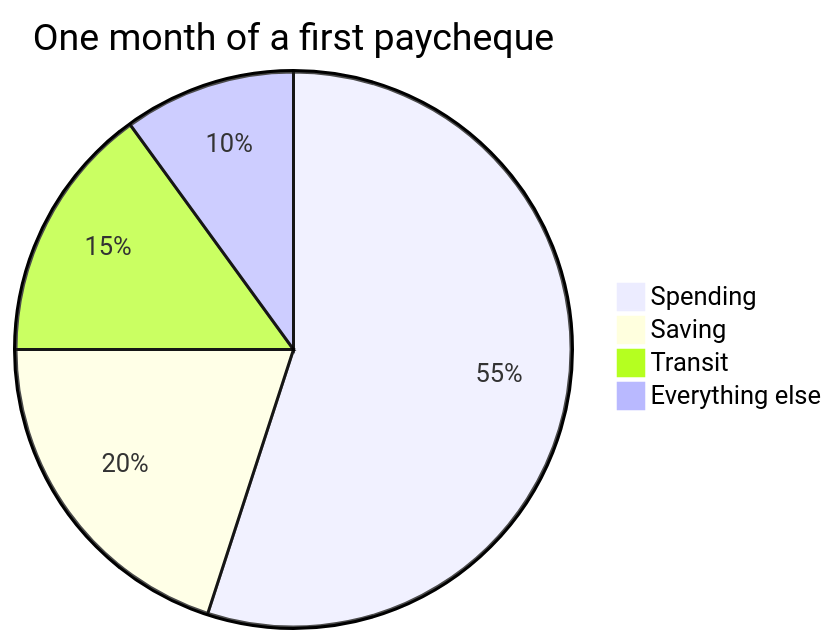
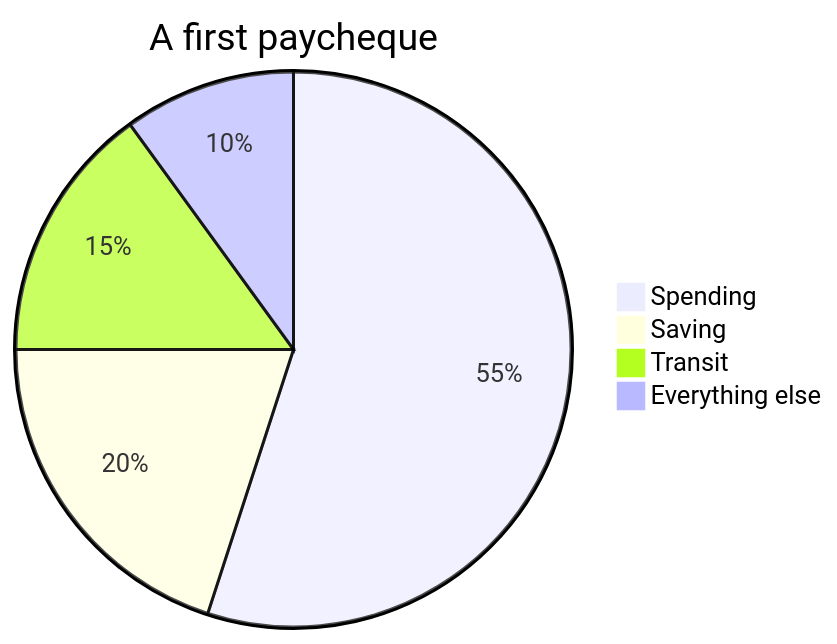
Before and after one commit to russellgordon/containerized-quartz-for-teachers: the second of 3 diagrams in support/example_content/MCR3U/shared/Style/What This Site Can Do.md, drawn with Mermaid. The commit also changed 31 other files, not shown here.

First line of the commit message:
Pie titles fit the chart mermaid actually draws

````diff
--- a/support/example_content/MCR3U/shared/Style/What This Site Can Do.md
+++ b/support/example_content/MCR3U/shared/Style/What This Site Can Do.md
@@ -184,7 +184,7 @@
 ```mermaid
-pie title One month of a first paycheque
+pie title A first paycheque
     "Spending" : 55
     "Saving" : 20
     "Transit" : 15
     "Everything else" : 10
 ```
````
